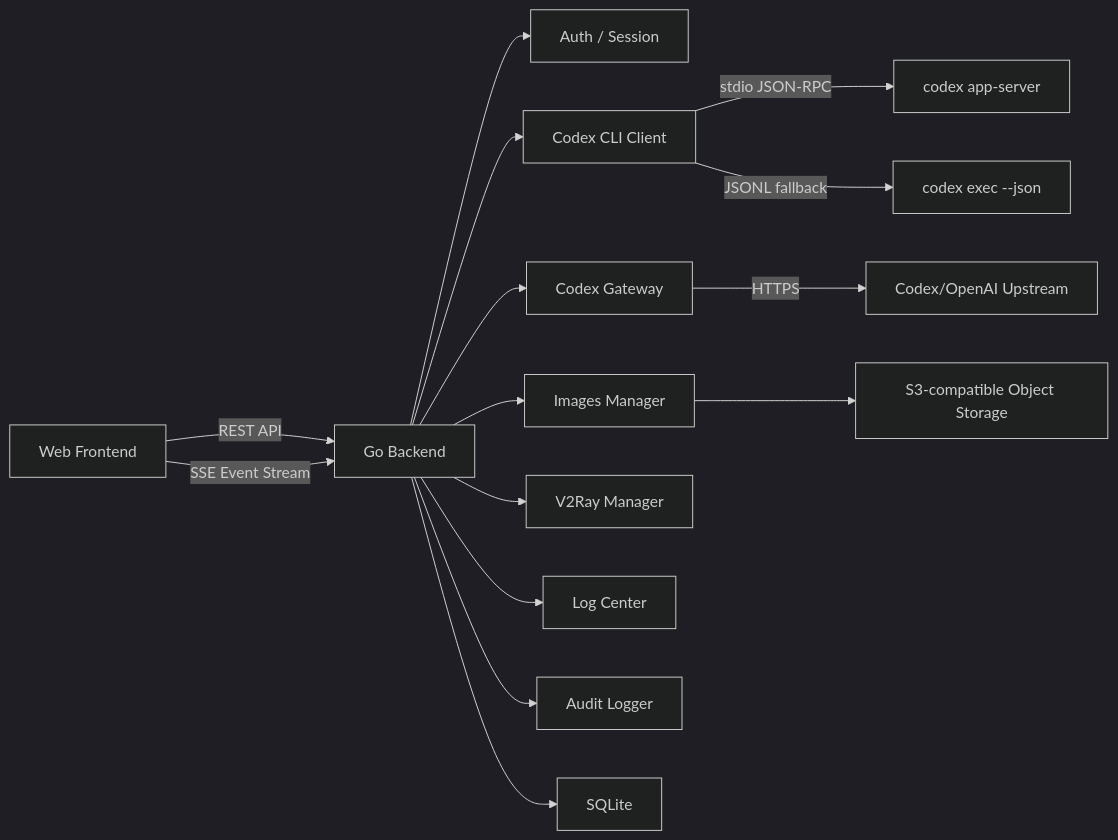
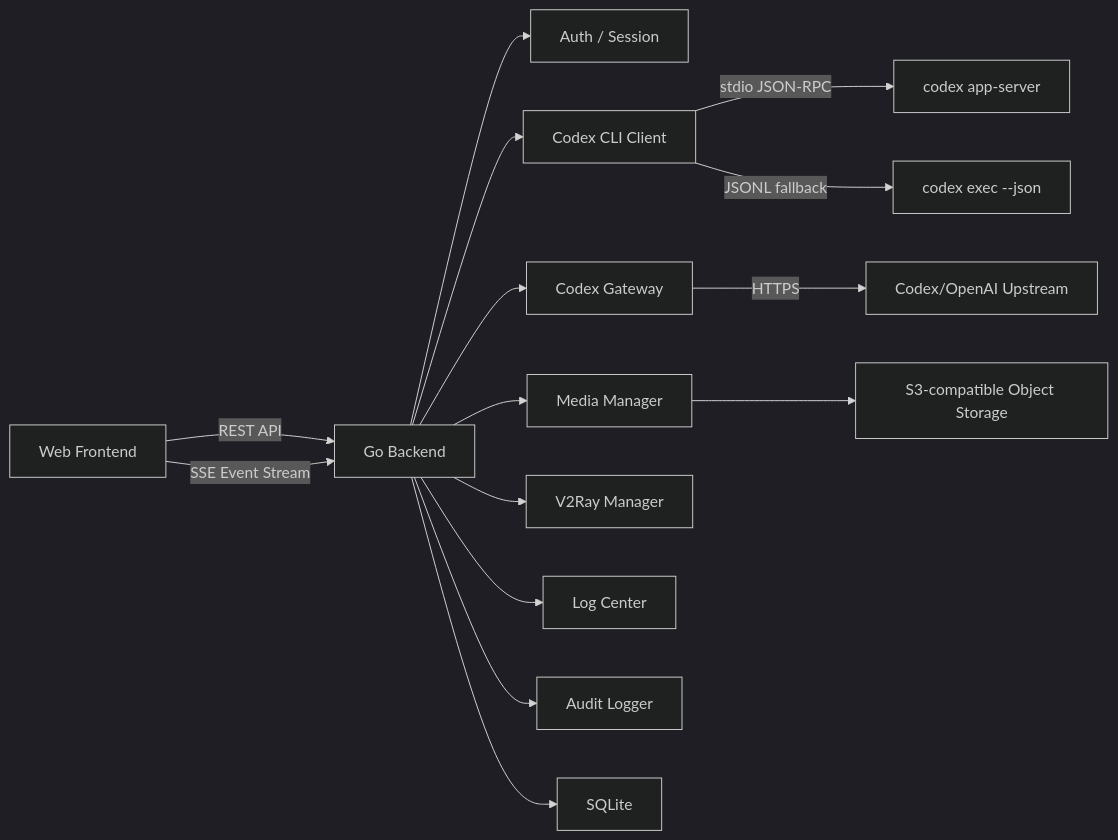
One commit to NageNalock/phantom-lancer changed the first of 2 diagrams in docs/personal-web-terminal-technical-design.md. Above: the diagram before and after it, drawn with Mermaid (dark theme). The commit also changed other lines of this file and 25 other files, not shown here.

Commit message:
多媒体模块：Agnes 图片/视频生成集成 + 资源库/历史/生成预设 全链路

````diff
--- a/docs/personal-web-terminal-technical-design.md
+++ b/docs/personal-web-terminal-technical-design.md
@@ -29,17 +29,17 @@
 ```mermaid
 flowchart LR
   Browser["Web Frontend"] -->|REST API| Backend["Go Backend"]
   Browser -->|SSE Event Stream| Backend
   Backend --> Auth["Auth / Session"]
   Backend --> CodexClient["Codex CLI Client"]
   Backend --> Gateway["Codex Gateway"]
-  Backend --> Images["Images Manager"]
+  Backend --> Media["Media Manager"]
   Backend --> V2Ray["V2Ray Manager"]
   Backend --> Logs["Log Center"]
   Backend --> Audit["Audit Logger"]
   Backend --> Store["SQLite"]
   CodexClient -->|stdio JSON-RPC| CodexAppServer["codex app-server"]
   CodexClient -->|JSONL fallback| CodexExec["codex exec --json"]
-  Images --> ObjectStore["S3-compatible Object Storage"]
+  Media --> ObjectStore["S3-compatible Object Storage"]
   Gateway -->|HTTPS| OpenAIUpstream["Codex/OpenAI Upstream"]
 ```
````
